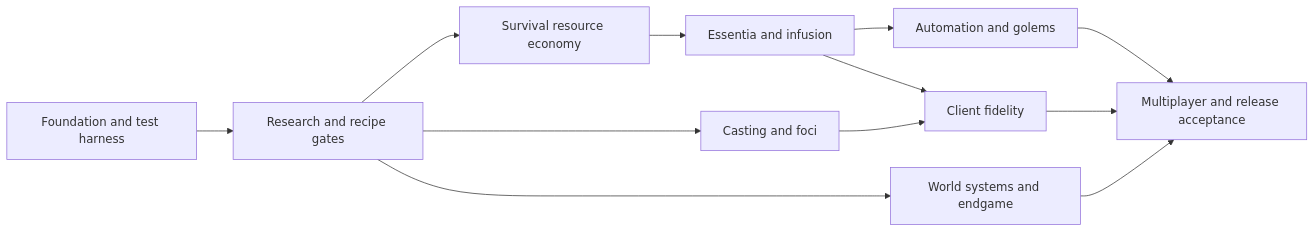
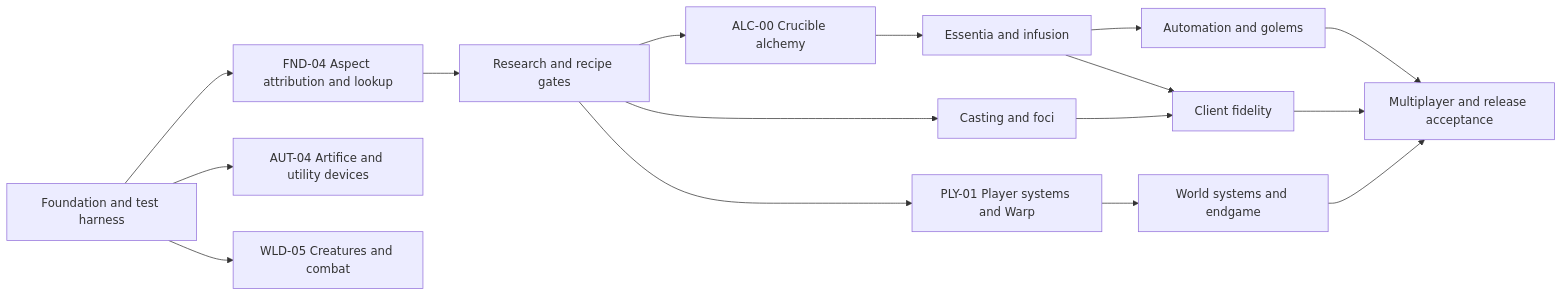
One commit to MrBeastyCakes/Thaumcraft-6-Source-Code-1.20.1 changed the diagram in docs/agent-pipeline/README.md. Above: the diagram before and after it, drawn with Mermaid. The commit also changed other lines of this file and 6 other files, not shown here.

````diff
--- a/docs/agent-pipeline/README.md
+++ b/docs/agent-pipeline/README.md
@@ -29,14 +31,18 @@
 ```mermaid
 flowchart LR
-  FND[Foundation and test harness] --> RSR[Research and recipe gates]
-  RSR --> ECO[Survival resource economy]
-  ECO --> ALC[Essentia and infusion]
+  FND[Foundation and test harness] --> FND04[FND-04 Aspect attribution and lookup]
+  FND04 --> RSR[Research and recipe gates]
+  FND --> AUT04[AUT-04 Artifice and utility devices]
+  FND --> WLD05[WLD-05 Creatures and combat]
+  RSR --> ALC00[ALC-00 Crucible alchemy]
+  ALC00 --> ALC[Essentia and infusion]
   RSR --> CAS[Casting and foci]
   ALC --> AUT[Automation and golems]
-  RSR --> WLD[World systems and endgame]
+  RSR --> PLY[PLY-01 Player systems and Warp]
+  PLY --> WLD[World systems and endgame]
   ALC --> CLI[Client fidelity]
   CAS --> CLI
   AUT --> REL[Multiplayer and release acceptance]
   WLD --> REL
   CLI --> REL
 ```
````
